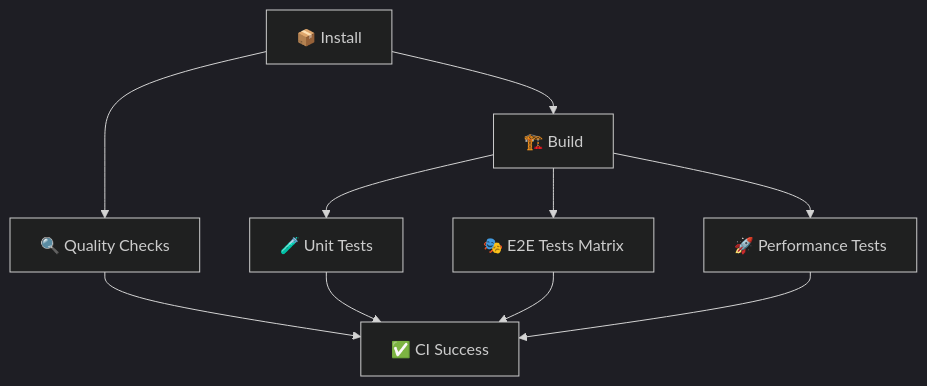
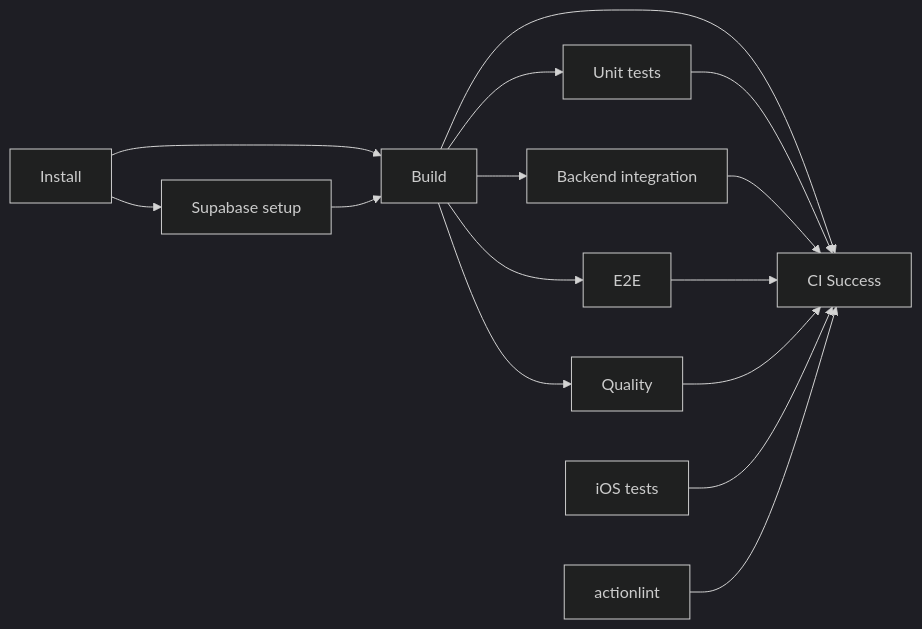
The diagram in docs/CI.md (neogenz/pulpe), drawn with Mermaid (dark theme) before and after one commit. The commit also changed other lines of this file and 247 other files, not shown here.

````diff
--- a/docs/CI.md
+++ b/docs/CI.md
@@ -9,12 +11,17 @@
 ```mermaid
-graph TD
-    A[📦 Install] --> B[🏗️ Build]
-    A --> C[🔍 Quality Checks]
-    B --> D[🧪 Unit Tests]
-    B --> E[🎭 E2E Tests Matrix]
-    B --> F[🚀 Performance Tests]
-    C --> G[✅ CI Success]
-    D --> G
-    E --> G
-    F --> G
+flowchart LR
+    Install[Install] --> Supabase[Supabase setup]
+    Install --> Build[Build]
+    Supabase --> Build
+    Build --> Unit[Unit tests]
+    Build --> Integration[Backend integration]
+    Build --> E2E[E2E]
+    Build --> Quality[Quality]
+    Build --> Success[CI Success]
+    Unit --> Success[CI Success]
+    Integration --> Success
+    E2E --> Success
+    Quality --> Success
+    IOS[iOS tests] --> Success
+    Actionlint[actionlint] --> Success
 ```
````
